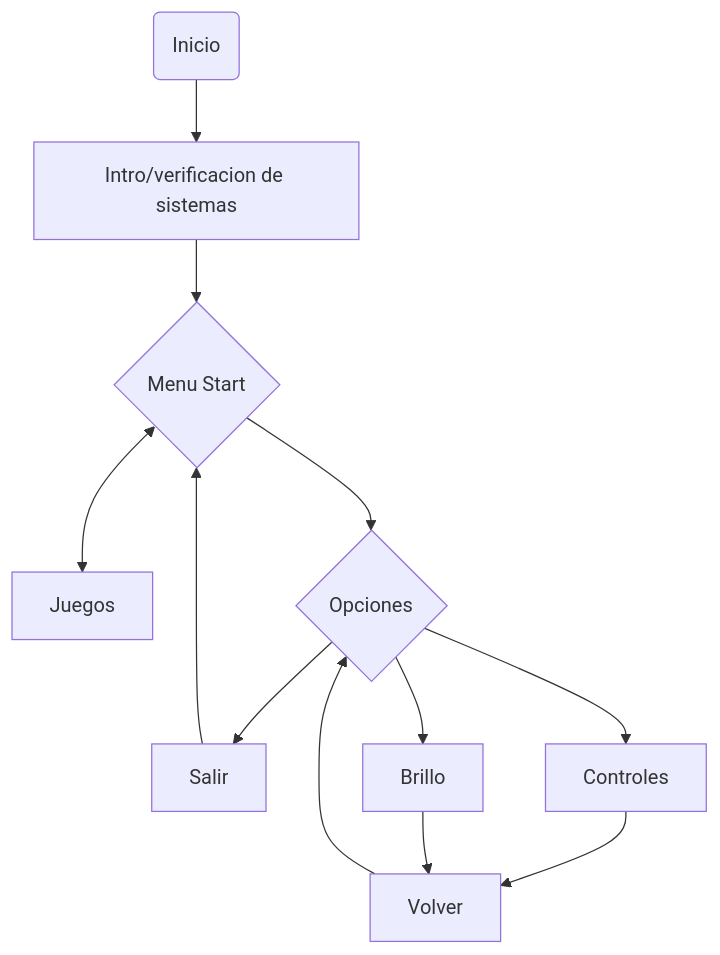
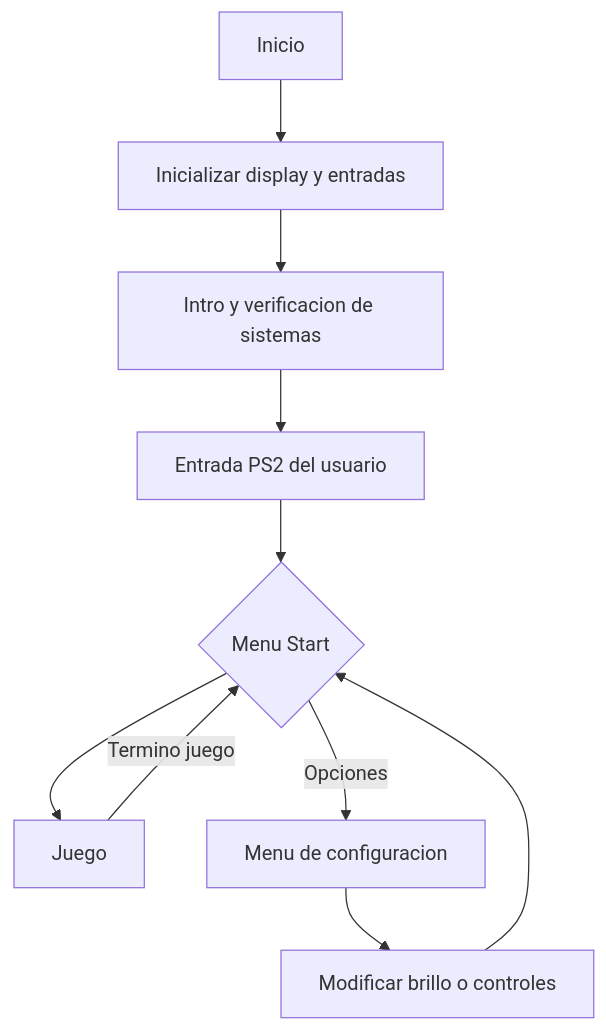
Before and after one commit to JavierGONL/Electroinca_Digital_1_hmwrk_1: the first of 4 diagrams in Readme.md, drawn with Mermaid. The commit also changed other lines of this file, not shown here.

````diff
--- a/Readme.md
+++ b/Readme.md
@@ -9,11 +7,12 @@
 ```mermaid
 flowchart TD
-    A(Inicio) --> B[Intro/verificacion de sistemas]
-    B --> C{Menu Start}
-    C <--> I[Juegos]
-    C --> E{Opciones} -->D
-    E --> G
-    D[Salir] --> C
-    G[Controles] --> F[Volver] --> E
-    E --> H[Brillo] --> F
+    A[Inicio] --> B
+    B[Inicializar display y entradas] --> C
+    C[Intro y verificacion de sistemas]
+    C --> D[Entrada PS2 del usuario ]
+    D --> E{Menu Start}
+    E --> I[Juego]
+    E -->|Opciones| F[Menu de configuracion]
+    I --> |Termino juego| E
+    F --> H[Modificar brillo o controles] -->E
 ```
````
